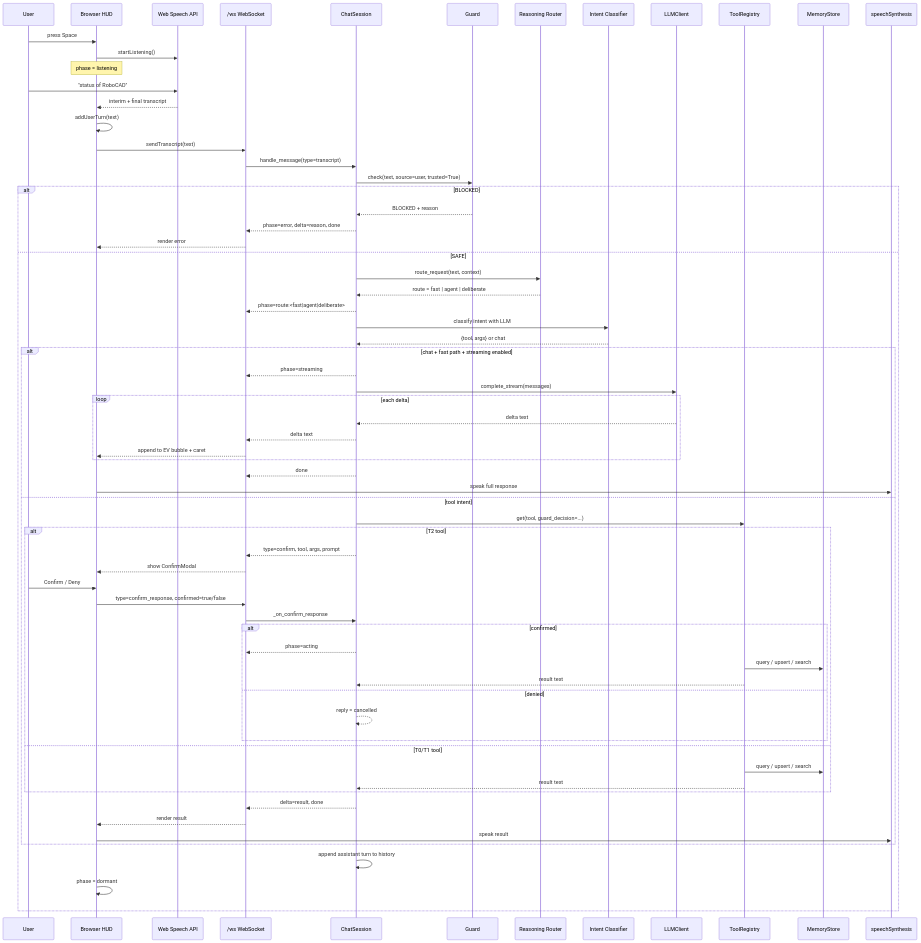
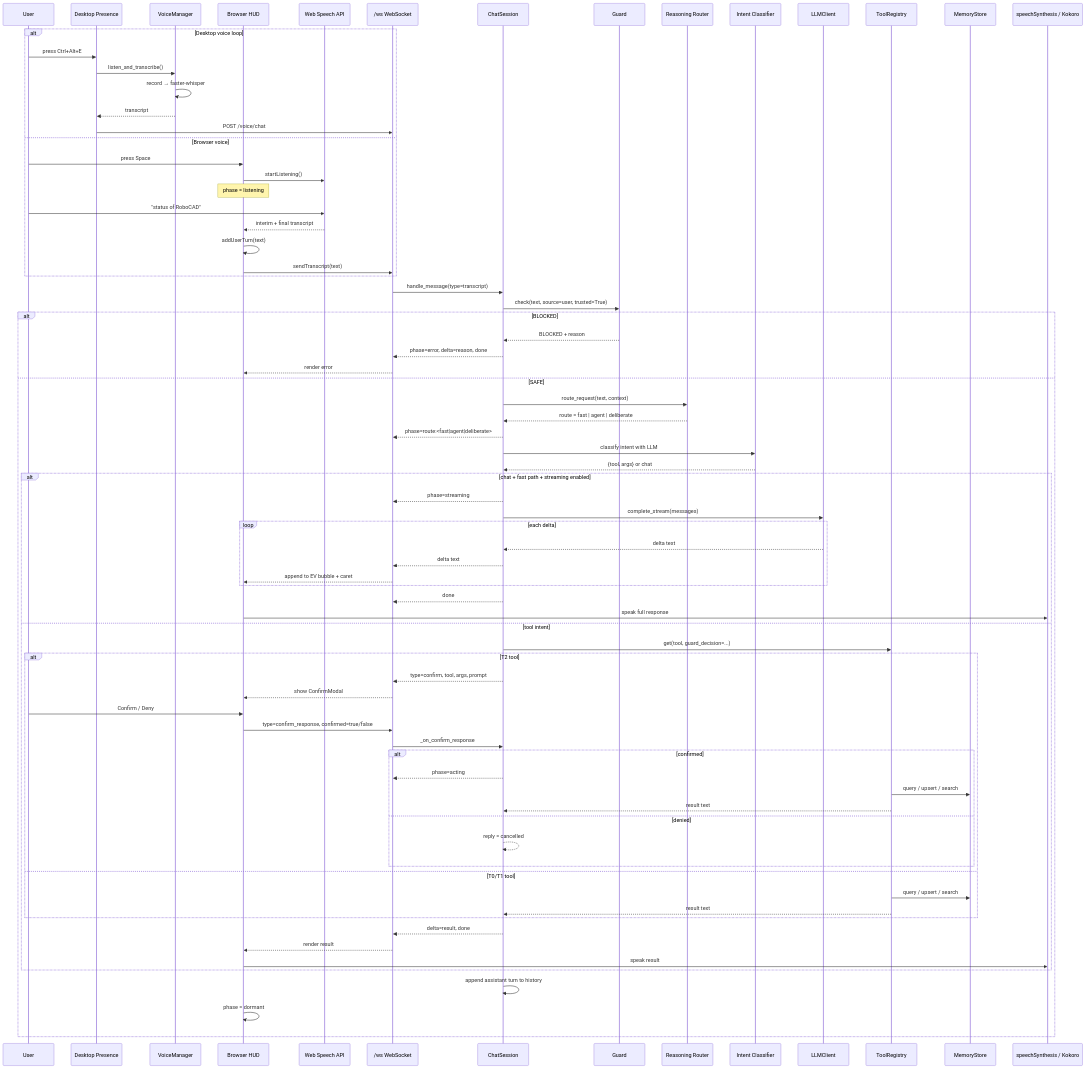
The third of 10 diagrams in docs/superpowers/architecture/hi-ev-end-to-end-architecture.md (satyamdas03/Hi-EV), drawn with Mermaid before and after one commit. The commit also changed other lines of this file and 37 other files, not shown here.

````diff
--- a/docs/superpowers/architecture/hi-ev-end-to-end-architecture.md
+++ b/docs/superpowers/architecture/hi-ev-end-to-end-architecture.md
@@ -163,6 +227,8 @@
 ```mermaid
 sequenceDiagram
     participant U as User
+    participant DP as Desktop Presence
+    participant VM as VoiceManager
     participant FE as Browser HUD
     participant SR as Web Speech API
     participant WS as /ws WebSocket
@@ -173,15 +239,24 @@
     participant LLM as LLMClient
     participant TR as ToolRegistry
     participant Mem as MemoryStore
-    participant TTS as speechSynthesis
+    participant TTS as speechSynthesis / Kokoro
 
-    U->>FE: press Space
-    FE->>SR: startListening()
-    Note over FE: phase = listening
-    U->>SR: "status of RoboCAD"
-    SR-->>FE: interim + final transcript
-    FE->>FE: addUserTurn(text)
-    FE->>WS: sendTranscript(text)
+    alt Desktop voice loop
+        U->>DP: press Ctrl+Alt+E
+        DP->>VM: listen_and_transcribe()
+        VM->>VM: record → faster-whisper
+        VM-->>DP: transcript
+        DP->>WS: POST /voice/chat
+    else Browser voice
+        U->>FE: press Space
+        FE->>SR: startListening()
+        Note over FE: phase = listening
+        U->>SR: "status of RoboCAD"
+        SR-->>FE: interim + final transcript
+        FE->>FE: addUserTurn(text)
+        FE->>WS: sendTranscript(text)
+    end
+
     WS->>CS: handle_message(type=transcript)
 
     CS->>G: check(text, source=user, trusted=True)
````
